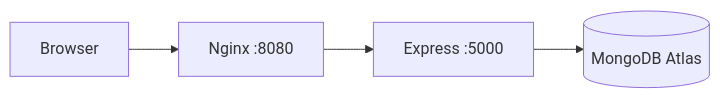
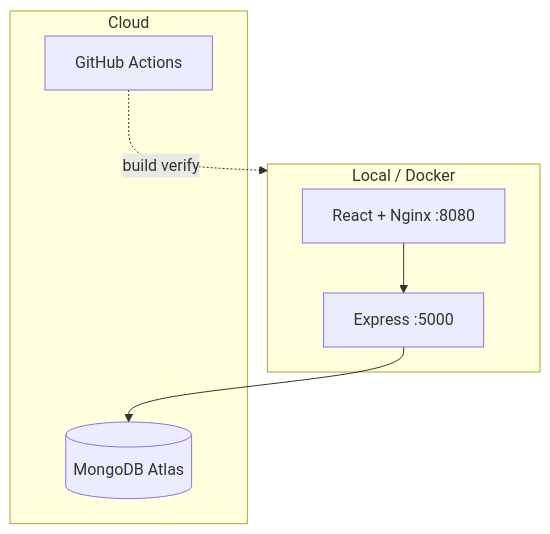
One commit to ismail-at-git/devops-internship-project changed the second of 2 diagrams in README.md. Above: the diagram before and after it, drawn with Mermaid. The commit also changed other lines of this file and 3 other files, not shown here.

First line of the commit message:
Phase 2 verified; Phase 4 GitHub Actions CI.

````diff
--- a/README.md
+++ b/README.md
@@ -158,6 +133,13 @@
 ```mermaid
-flowchart LR
-  Browser --> Nginx[Nginx :8080]
-  Nginx --> API[Express :5000]
-  API --> Atlas[(MongoDB Atlas)]
+flowchart TB
+  subgraph dev [Local / Docker]
+    UI[React + Nginx :8080]
+    API[Express :5000]
+  end
+  subgraph cloud [Cloud]
+    Atlas[(MongoDB Atlas)]
+    GHA[GitHub Actions]
+  end
+  UI --> API --> Atlas
+  GHA -.->|build verify| dev
 ```
````
